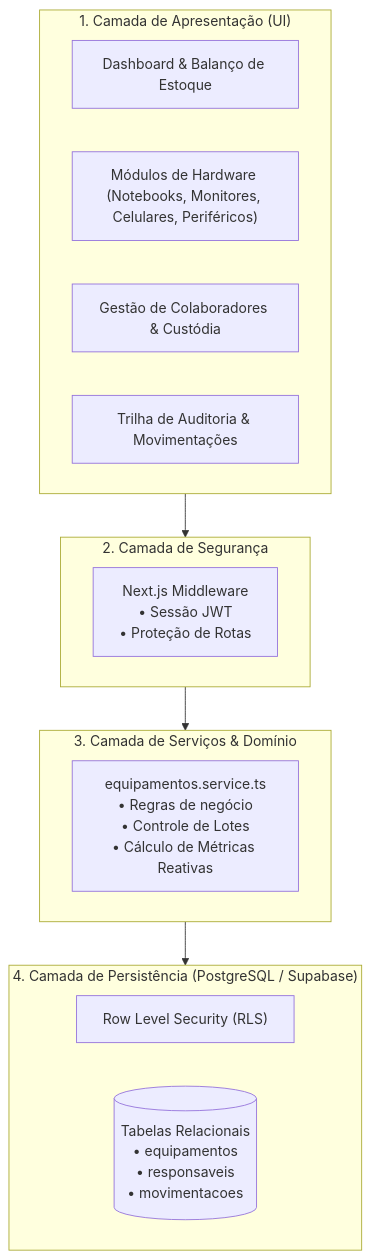
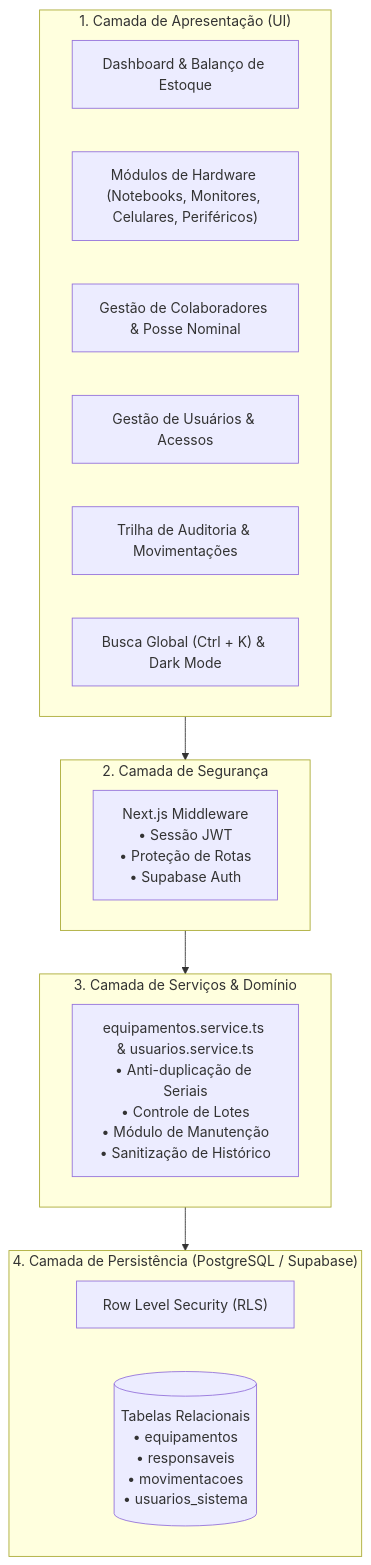
The second of 3 diagrams in README.md (gabinethe/inventario-ti), drawn with Mermaid before and after one commit. The commit also changed other lines of this file and 22 other files, not shown here.

Commit message:
feat: suporte a Dark Mode, Quick Finder (Ctrl+K), melhorias na sidebar e documentacao completa

````diff
--- a/README.md
+++ b/README.md
@@ -111,26 +225,28 @@
 ```mermaid
 flowchart TD
     subgraph Presentation ["1. Camada de Apresentação (UI)"]
         Dashboard["Dashboard & Balanço de Estoque"]
         Inventory["Módulos de Hardware (Notebooks, Monitores, Celulares, Periféricos)"]
-        Users["Gestão de Colaboradores & Custódia"]
+        Users["Gestão de Colaboradores & Posse Nominal"]
+        Accounts["Gestão de Usuários & Acessos"]
         Audit["Trilha de Auditoria & Movimentações"]
+        QuickSearch["Busca Global (Ctrl + K) & Dark Mode"]
     end
 
     subgraph SecurityGate ["2. Camada de Segurança"]
-        MW["Next.js Middleware\n• Sessão JWT\n• Proteção de Rotas"]
+        MW["Next.js Middleware\n• Sessão JWT\n• Proteção de Rotas\n• Supabase Auth"]
     end
 
     subgraph BusinessLogic ["3. Camada de Serviços & Domínio"]
-        DAL["equipamentos.service.ts\n• Regras de negócio\n• Controle de Lotes\n• Cálculo de Métricas Reativas"]
+        DAL["equipamentos.service.ts & usuarios.service.ts\n• Anti-duplicação de Seriais\n• Controle de Lotes\n• Módulo de Manutenção\n• Sanitização de Histórico"]
     end
 
     subgraph Persistence ["4. Camada de Persistência (PostgreSQL / Supabase)"]
         RLS["Row Level Security (RLS)"]
-        DB[("Tabelas Relacionais\n• equipamentos\n• responsaveis\n• movimentacoes")]
+        DB[("Tabelas Relacionais\n• equipamentos\n• responsaveis\n• movimentacoes\n• usuarios_sistema")]
     end
 
     Presentation --> SecurityGate
     SecurityGate --> BusinessLogic
     BusinessLogic --> Persistence
 ```
````
